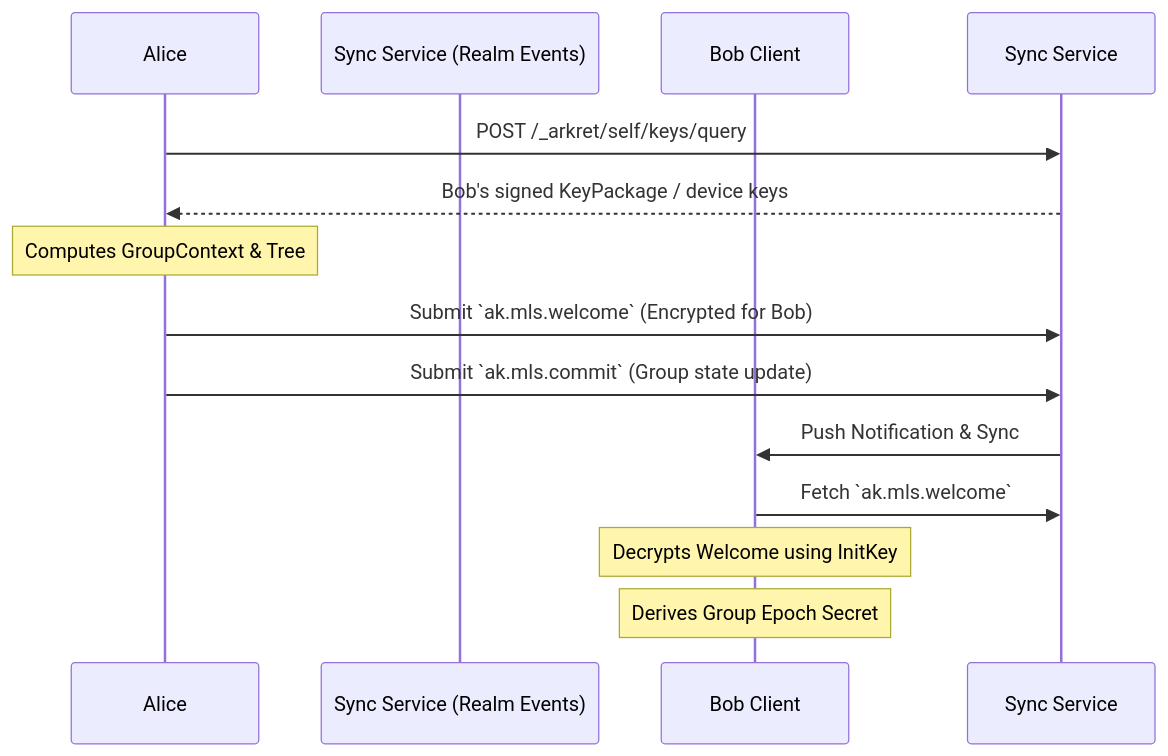
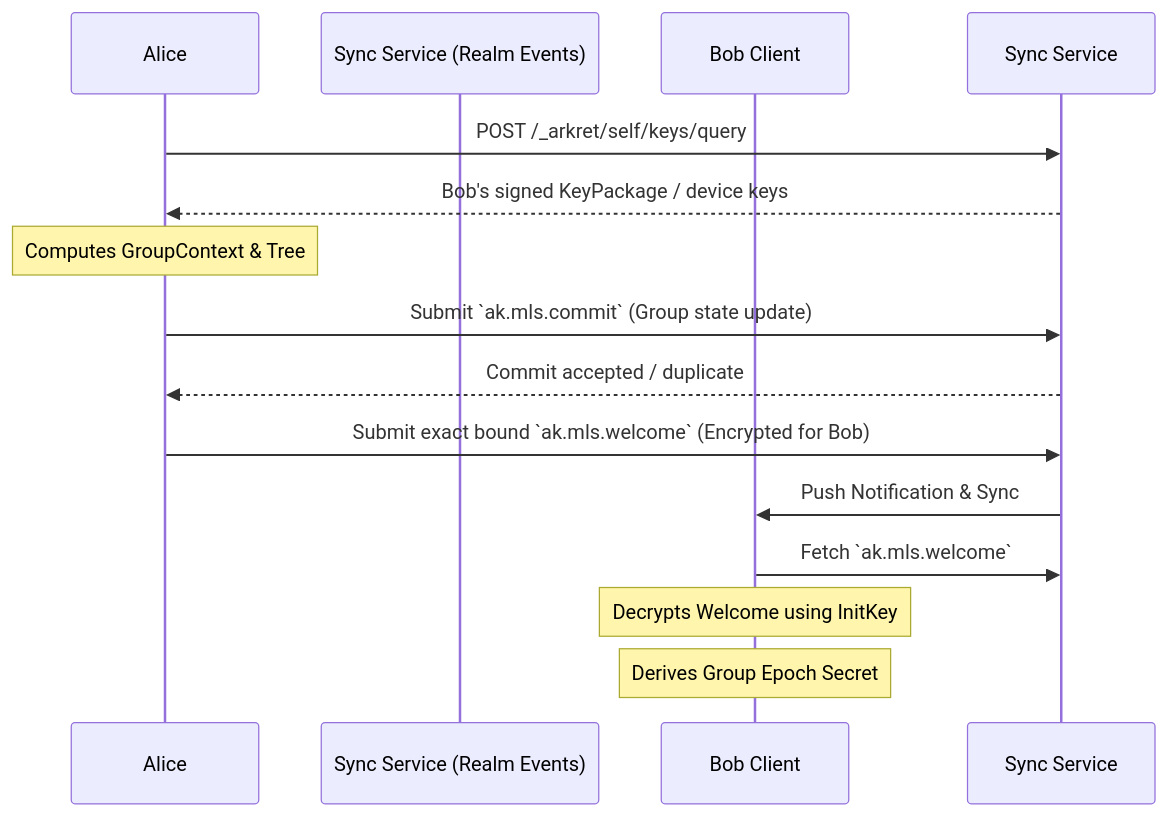
One commit to arkret-org/arkret-spec changed the first of 2 diagrams in spec/v1/zh/crypto-media/encryption-and-audit.md. Above: the diagram before and after it, drawn with Mermaid. The commit also changed other lines of this file and 2 other files, not shown here.

Commit message:
Clarify durable MLS admission and sync baseline

````diff
--- a/spec/v1/zh/crypto-media/encryption-and-audit.md
+++ b/spec/v1/zh/crypto-media/encryption-and-audit.md
@@ -37,20 +37,21 @@
 ```mermaid
 sequenceDiagram
     participant Alice
     participant Sync Service (Realm Events)
     participant BobClient as Bob Client
 
     Alice->>Sync Service: POST /_arkret/self/keys/query
     Sync Service-->>Alice: Bob's signed KeyPackage / device keys
 
     note over Alice: Computes GroupContext & Tree
 
-    Alice->>Sync Service: Submit `ak.mls.welcome` (Encrypted for Bob)
     Alice->>Sync Service: Submit `ak.mls.commit` (Group state update)
+    Sync Service-->>Alice: Commit accepted / duplicate
+    Alice->>Sync Service: Submit exact bound `ak.mls.welcome` (Encrypted for Bob)
 
     Sync Service->>BobClient: Push Notification & Sync
 
     BobClient->>Sync Service: Fetch `ak.mls.welcome`
     note over BobClient: Decrypts Welcome using InitKey
     note over BobClient: Derives Group Epoch Secret
 ```
````
